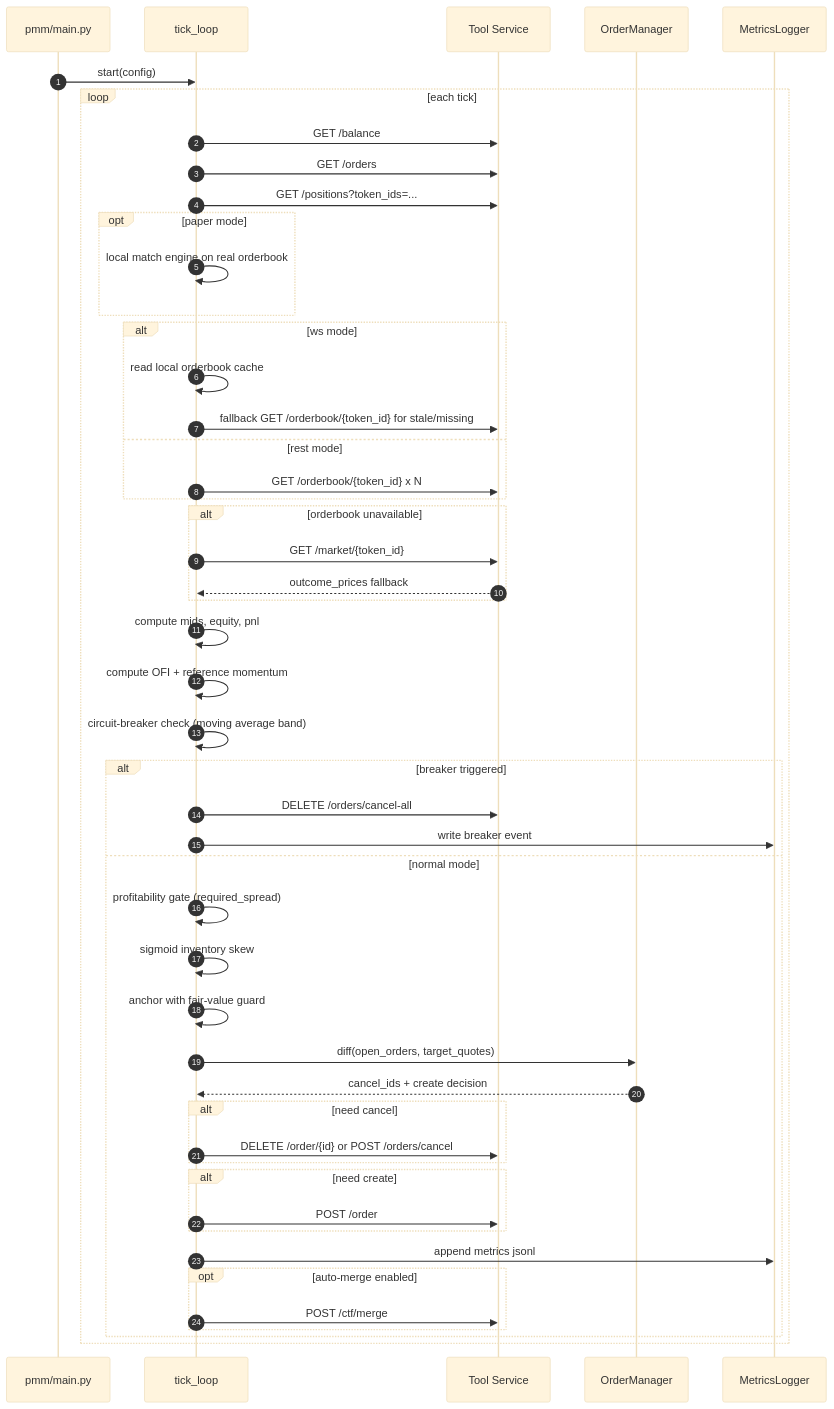
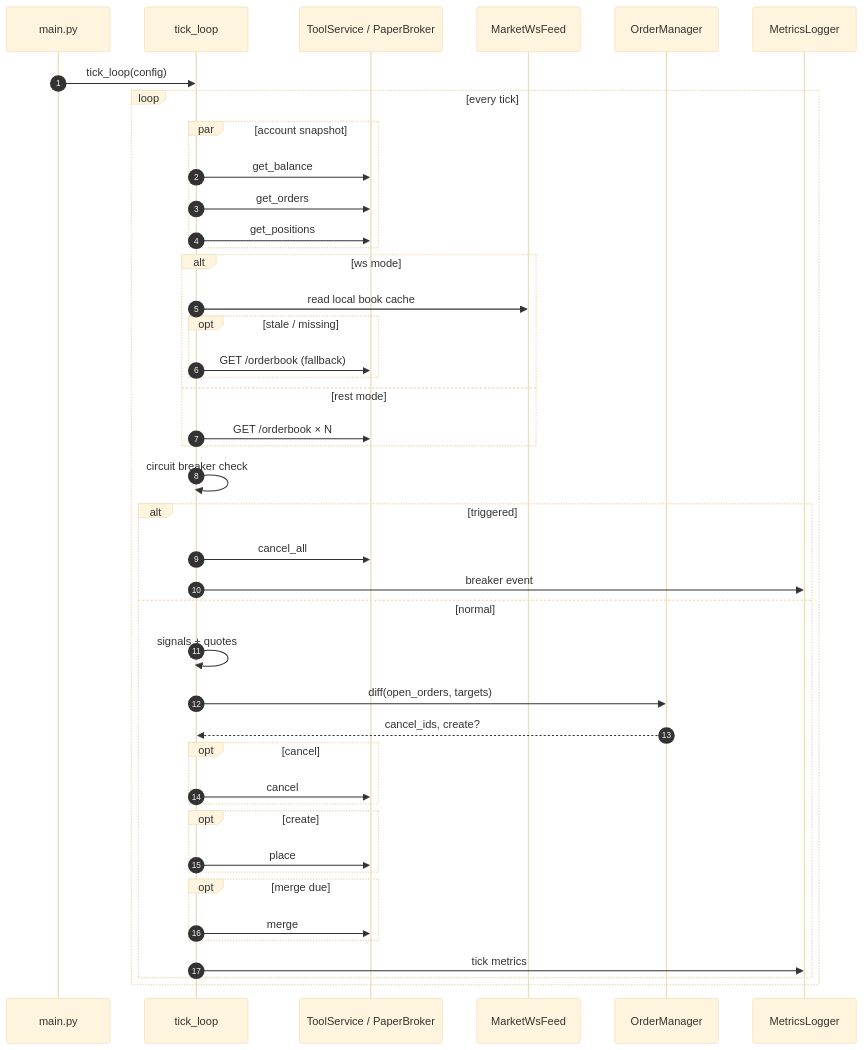
Before and after one commit to jiaruihz/pm_agents: the diagram in pmm/docs/MAIN_FLOW.md, drawn with Mermaid (base theme). The commit also changed other lines of this file and 15 other files, not shown here.

````diff
--- a/pmm/docs/MAIN_FLOW.md
+++ b/pmm/docs/MAIN_FLOW.md
@@ -43,54 +44,49 @@
 ```mermaid
 sequenceDiagram
     autonumber
-    participant Runner as pmm/main.py
-    participant Tick as tick_loop
-    participant API as Tool Service
+    participant Main as main.py
+    participant Engine as tick_loop
+    participant API as ToolService / PaperBroker
+    participant WS as MarketWsFeed
     participant Diff as OrderManager
     participant Log as MetricsLogger
 
-    Runner->>Tick: start(config)
+    Main->>Engine: tick_loop(config)
 
-    loop each tick
-        Tick->>API: GET /balance
-        Tick->>API: GET /orders
-        Tick->>API: GET /positions?token_ids=...
-        opt paper mode
-            Tick->>Tick: local match engine on real orderbook
-        end
-        alt ws mode
-            Tick->>Tick: read local orderbook cache
-            Tick->>API: fallback GET /orderbook/{token_id} for stale/missing
-        else rest mode
-            Tick->>API: GET /orderbook/{token_id} x N
-        end
-        alt orderbook unavailable
-            Tick->>API: GET /market/{token_id}
-            API-->>Tick: outcome_prices fallback
+    loop every tick
+        par account snapshot
+            Engine->>API: get_balance
+            Engine->>API: get_orders
+            Engine->>API: get_positions
         end
 
-        Tick->>Tick: compute mids, equity, pnl
-        Tick->>Tick: compute OFI + reference momentum
-        Tick->>Tick: circuit-breaker check (moving average band)
-        alt breaker triggered
-            Tick->>API: DELETE /orders/cancel-all
-            Tick->>Log: write breaker event
-        else normal mode
-            Tick->>Tick: profitability gate (required_spread)
-            Tick->>Tick: sigmoid inventory skew
-            Tick->>Tick: anchor with fair-value guard
-            Tick->>Diff: diff(open_orders, target_quotes)
-            Diff-->>Tick: cancel_ids + create decision
-            alt need cancel
-                Tick->>API: DELETE /order/{id} or POST /orders/cancel
+        alt ws mode
+            Engine->>WS: read local book cache
+            opt stale / missing
+                Engine->>API: GET /orderbook (fallback)
             end
-            alt need create
-                Tick->>API: POST /order
+        else rest mode
+            Engine->>API: GET /orderbook × N
+        end
+
+        Engine->>Engine: circuit breaker check
+        alt triggered
+            Engine->>API: cancel_all
+            Engine->>Log: breaker event
+        else normal
+            Engine->>Engine: signals + quotes
+            Engine->>Diff: diff(open_orders, targets)
+            Diff-->>Engine: cancel_ids, create?
+            opt cancel
+                Engine->>API: cancel
             end
-            Tick->>Log: append metrics jsonl
-            opt auto-merge enabled
-                Tick->>API: POST /ctf/merge
+            opt create
+                Engine->>API: place
             end
+            opt merge due
+                Engine->>API: merge
+            end
+            Engine->>Log: tick metrics
         end
     end
 ```
````
